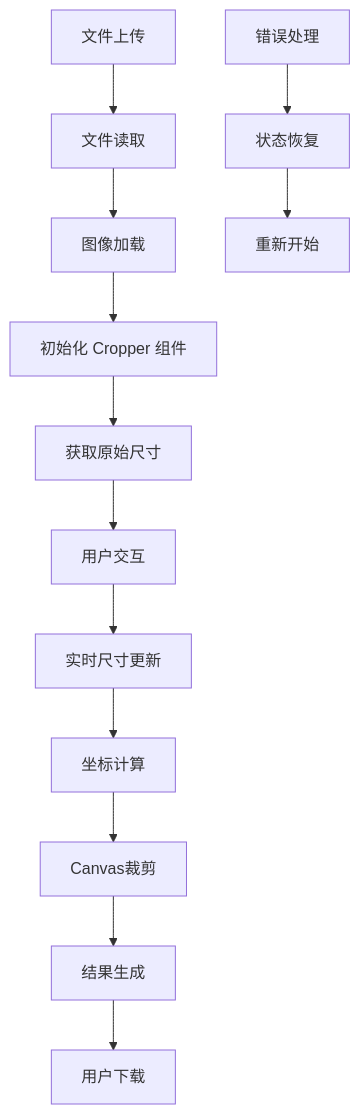
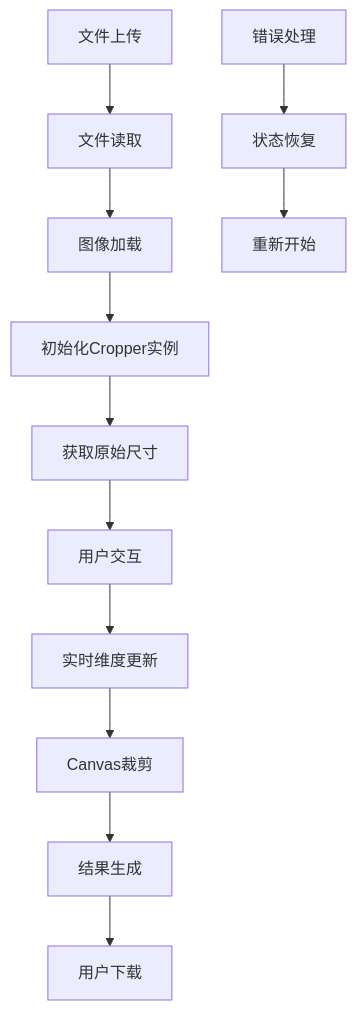
One commit to sgyy/privadeck changed the fourth of 12 diagrams in .qoder/repowiki/zh/content/图像工具/图像裁剪.md. Above: the diagram before and after it, drawn with Mermaid. The commit also changed other lines of this file and 23 other files, not shown here.

````diff
--- a/.qoder/repowiki/zh/content/图像工具/图像裁剪.md
+++ b/.qoder/repowiki/zh/content/图像工具/图像裁剪.md
@@ -196,15 +196,14 @@
 ```mermaid
 flowchart TD
 A[文件上传] --> B[文件读取]
 B --> C[图像加载]
-C --> D[初始化 Cropper 组件]
+C --> D[初始化Cropper实例]
 D --> E[获取原始尺寸]
 E --> F[用户交互]
-F --> G[实时尺寸更新]
-G --> H[坐标计算]
-H --> I[Canvas裁剪]
-I --> J[结果生成]
-J --> K[用户下载]
-L[错误处理] --> M[状态恢复]
-M --> N[重新开始]
+F --> G[实时维度更新]
+G --> H[Canvas裁剪]
+H --> I[结果生成]
+I --> J[用户下载]
+K[错误处理] --> L[状态恢复]
+L --> M[重新开始]
 ```
````
